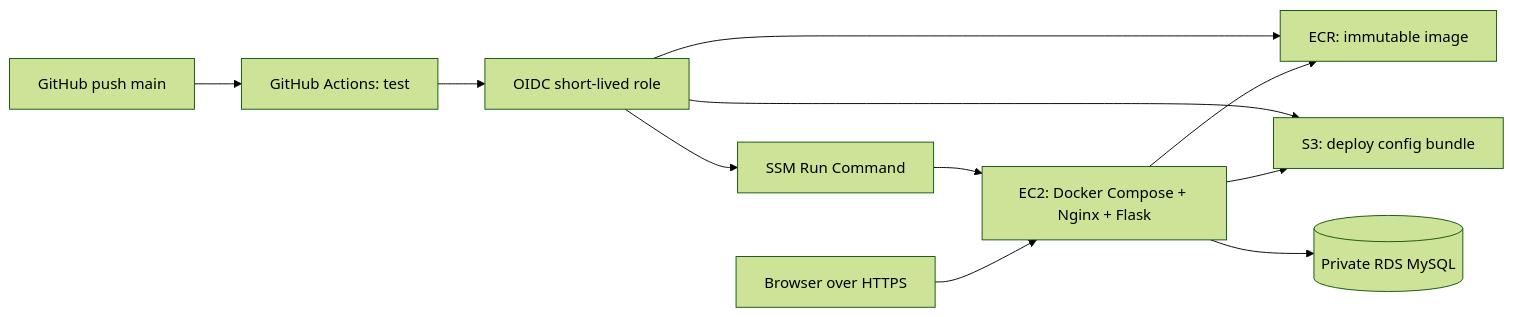
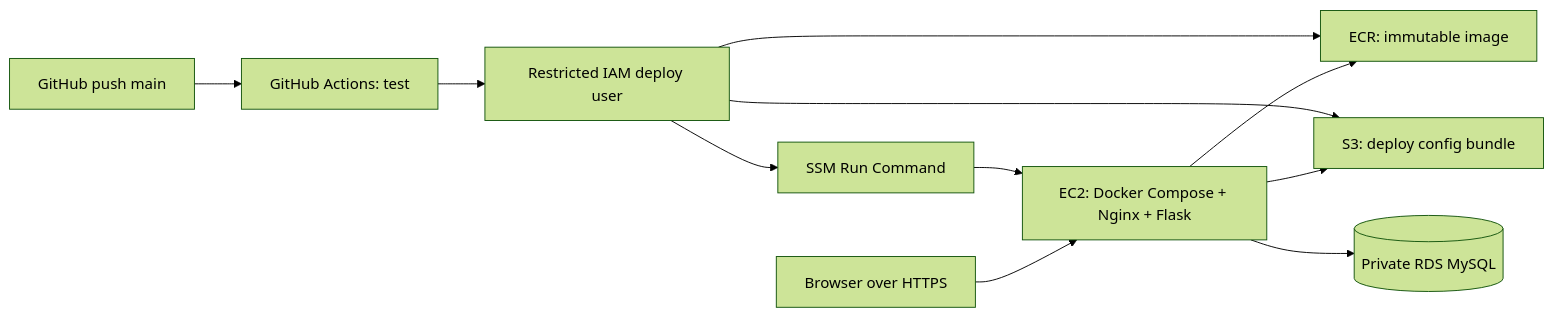
One commit to BaoHuyen-0109/TechFlow changed the diagram in docs/AWS_DEPLOYMENT.md. Above: the diagram before and after it, drawn with Mermaid (forest theme). The commit also changed other lines of this file and 1 other file, not shown here.

````diff
--- a/docs/AWS_DEPLOYMENT.md
+++ b/docs/AWS_DEPLOYMENT.md
@@ -10,13 +9,13 @@
 ```mermaid
 flowchart LR
     Dev[GitHub push main] --> CI[GitHub Actions: test]
-    CI --> OIDC[OIDC short-lived role]
-    OIDC --> ECR[ECR: immutable image]
-    OIDC --> S3[S3: deploy config bundle]
-    OIDC --> SSM[SSM Run Command]
+    CI --> IAMUser[Restricted IAM deploy user]
+    IAMUser --> ECR[ECR: immutable image]
+    IAMUser --> S3[S3: deploy config bundle]
+    IAMUser --> SSM[SSM Run Command]
     SSM --> EC2[EC2: Docker Compose + Nginx + Flask]
     EC2 --> RDS[(Private RDS MySQL)]
     EC2 --> ECR
     EC2 --> S3
     Browser[Browser over HTTPS] --> EC2
 ```
````
